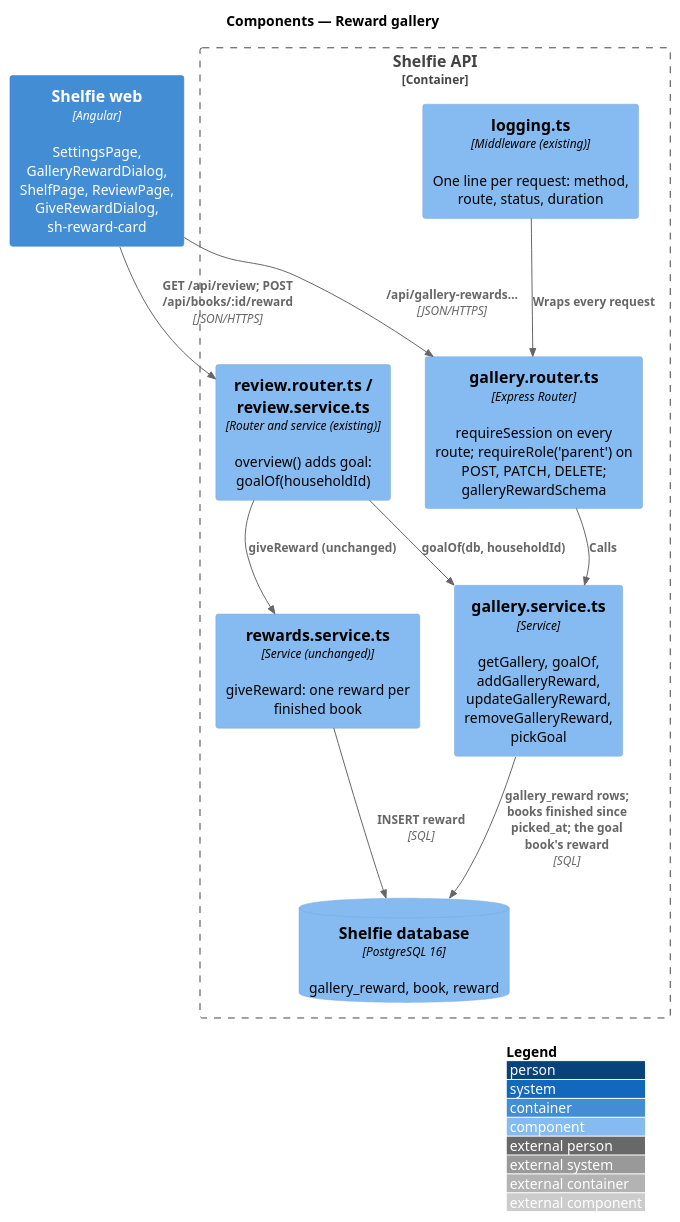
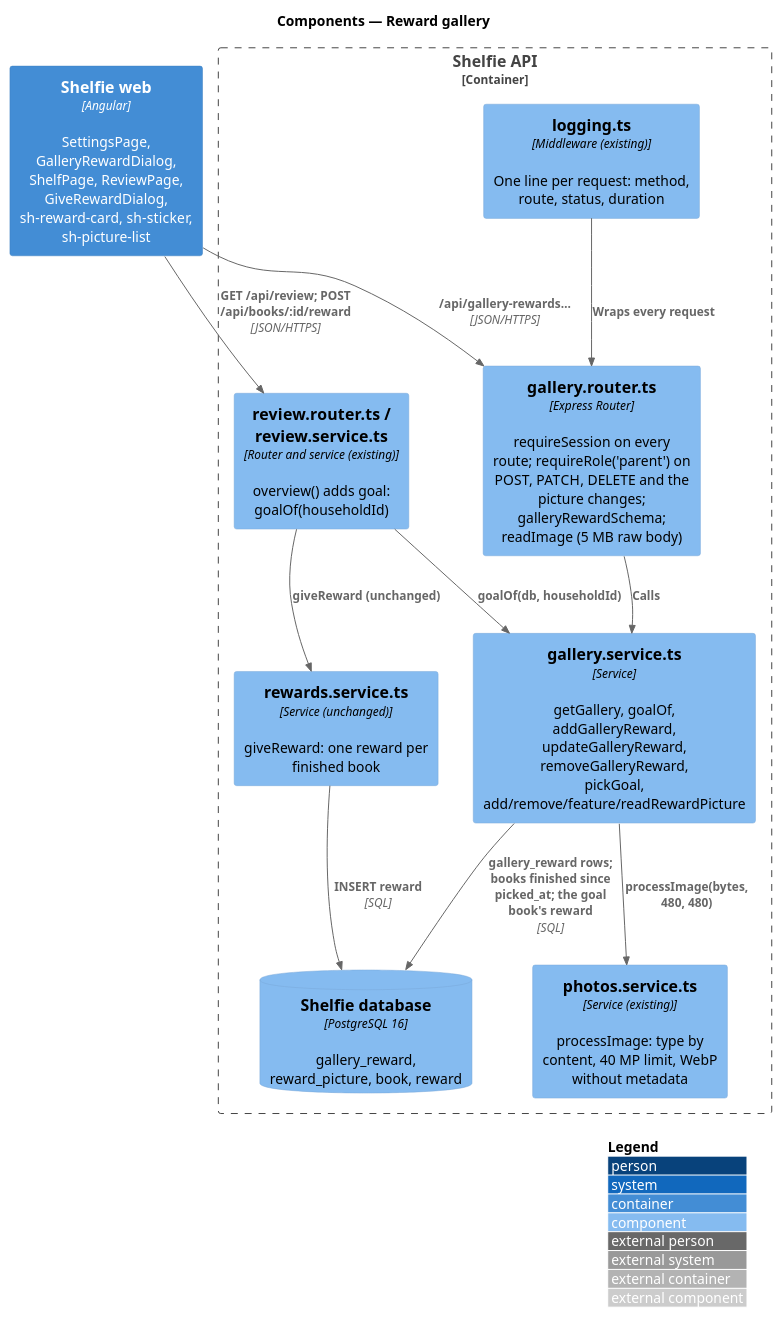
One commit to QuinntyneBrown/shelfie changed the diagram in docs/detailed-designs/review/reward-gallery/diagrams/c4-component.puml. Above: the diagram before and after it, drawn with PlantUML. The commit also changed 10 other files, not shown here.

First line of the commit message:
Design reward descriptions and pictures: migration 006, picture routes, components, diagrams and ADR-0010

```diff
--- a/docs/detailed-designs/review/reward-gallery/diagrams/c4-component.puml
+++ b/docs/detailed-designs/review/reward-gallery/diagrams/c4-component.puml
@@ -1,24 +1,26 @@
 @startuml
 !include <C4/C4_Component>
 LAYOUT_WITH_LEGEND()
 title Components — Reward gallery
 
-Container(web, "Shelfie web", "Angular", "SettingsPage, GalleryRewardDialog, ShelfPage, ReviewPage, GiveRewardDialog, sh-reward-card")
+Container(web, "Shelfie web", "Angular", "SettingsPage, GalleryRewardDialog, ShelfPage, ReviewPage, GiveRewardDialog, sh-reward-card, sh-sticker, sh-picture-list")
 Container_Boundary(api, "Shelfie API") {
-  Component(router, "gallery.router.ts", "Express Router", "requireSession on every route; requireRole('parent') on POST, PATCH, DELETE; galleryRewardSchema")
-  Component(service, "gallery.service.ts", "Service", "getGallery, goalOf, addGalleryReward, updateGalleryReward, removeGalleryReward, pickGoal")
+  Component(router, "gallery.router.ts", "Express Router", "requireSession on every route; requireRole('parent') on POST, PATCH, DELETE and the picture changes; galleryRewardSchema; readImage (5 MB raw body)")
+  Component(service, "gallery.service.ts", "Service", "getGallery, goalOf, addGalleryReward, updateGalleryReward, removeGalleryReward, pickGoal, add/remove/feature/readRewardPicture")
   Component(review, "review.router.ts / review.service.ts", "Router and service (existing)", "overview() adds goal: goalOf(householdId)")
   Component(rewards, "rewards.service.ts", "Service (unchanged)", "giveReward: one reward per finished book")
+  Component(photos, "photos.service.ts", "Service (existing)", "processImage: type by content, 40 MP limit, WebP without metadata")
   Component(logging, "logging.ts", "Middleware (existing)", "One line per request: method, route, status, duration")
-  ComponentDb(db, "Shelfie database", "PostgreSQL 16", "gallery_reward, book, reward")
+  ComponentDb(db, "Shelfie database", "PostgreSQL 16", "gallery_reward, reward_picture, book, reward")
 }
 
 Rel(web, router, "/api/gallery-rewards…", "JSON/HTTPS")
 Rel(web, review, "GET /api/review; POST /api/books/:id/reward", "JSON/HTTPS")
 Rel(router, service, "Calls")
+Rel(service, photos, "processImage(bytes, 480, 480)")
 Rel(review, service, "goalOf(db, householdId)")
 Rel(review, rewards, "giveReward (unchanged)")
 Rel(service, db, "gallery_reward rows; books finished since picked_at; the goal book's reward", "SQL")
 Rel(rewards, db, "INSERT reward", "SQL")
 Rel(logging, router, "Wraps every request")
 @enduml
```
